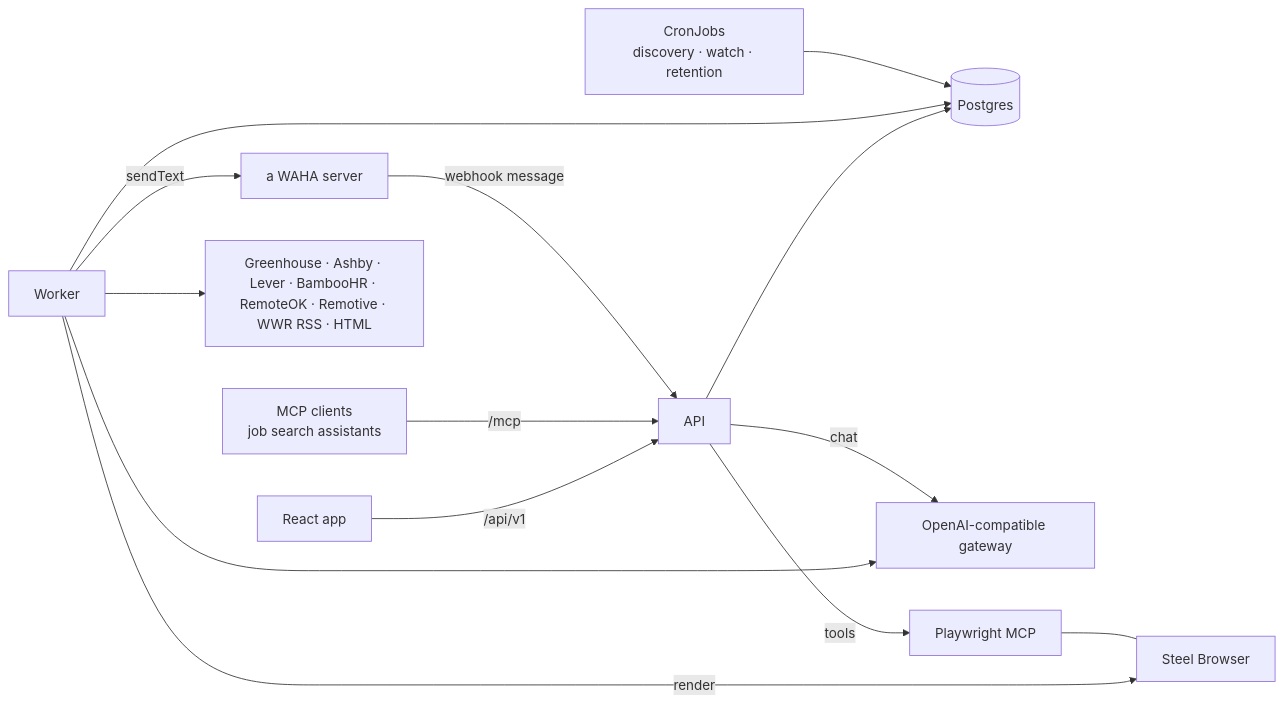
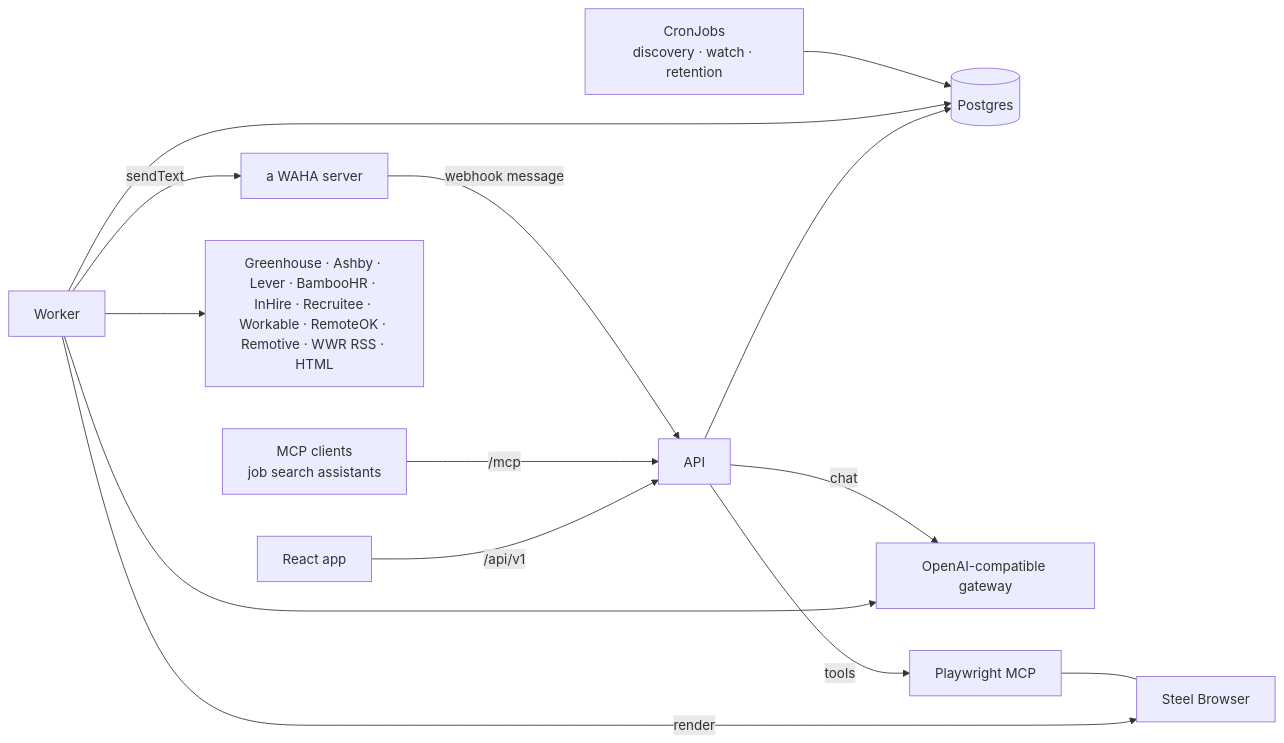
Before and after one commit to giovannirco/job-scout: the first of 2 diagrams in docs/ARCHITECTURE.md, drawn with Mermaid. The commit also changed other lines of this file and 13 other files, not shown here.

````diff
--- a/docs/ARCHITECTURE.md
+++ b/docs/ARCHITECTURE.md
@@ -5,16 +5,16 @@
 ```mermaid
 flowchart LR
   UI[React app] -->|/api/v1| API
   Agents[MCP clients<br/>job search assistants] -->|/mcp| API
   API --> PG[(Postgres)]
   Worker --> PG
-  Worker --> ATS[Greenhouse · Ashby · Lever · BambooHR · RemoteOK · Remotive · WWR RSS · HTML]
+  Worker --> ATS[Greenhouse · Ashby · Lever · BambooHR · InHire · Recruitee · Workable · RemoteOK · Remotive · WWR RSS · HTML]
   Worker --> LLM[OpenAI-compatible gateway]
   Worker -->|sendText| WAHA[a WAHA server]
   WAHA -->|webhook message| API
   API -->|chat| LLM
   API -->|tools| PMCP[Playwright MCP]
   Worker -->|render| Steel[Steel Browser]
   PMCP --- Steel
   Cron[CronJobs<br/>discovery · watch · retention] --> PG
 ```
````
